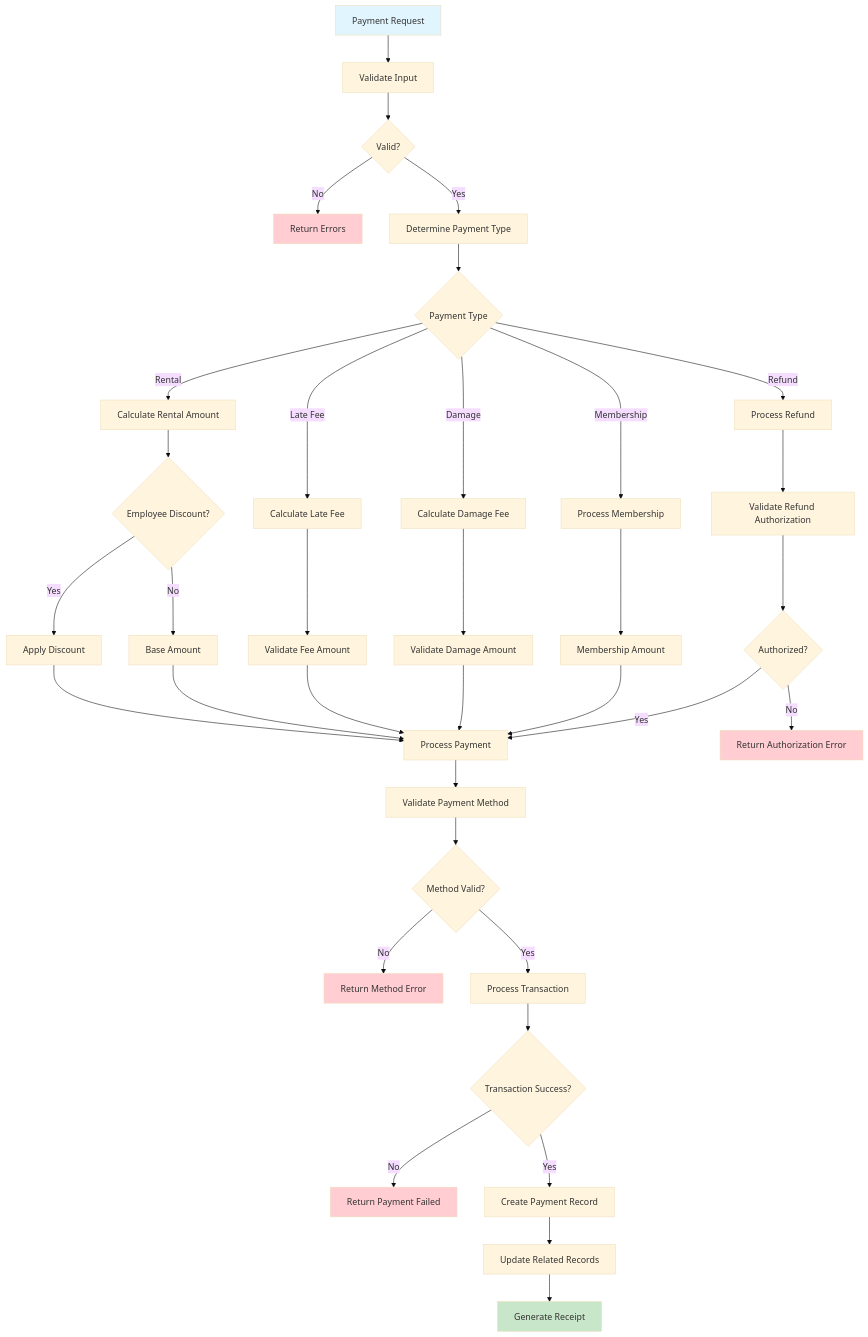
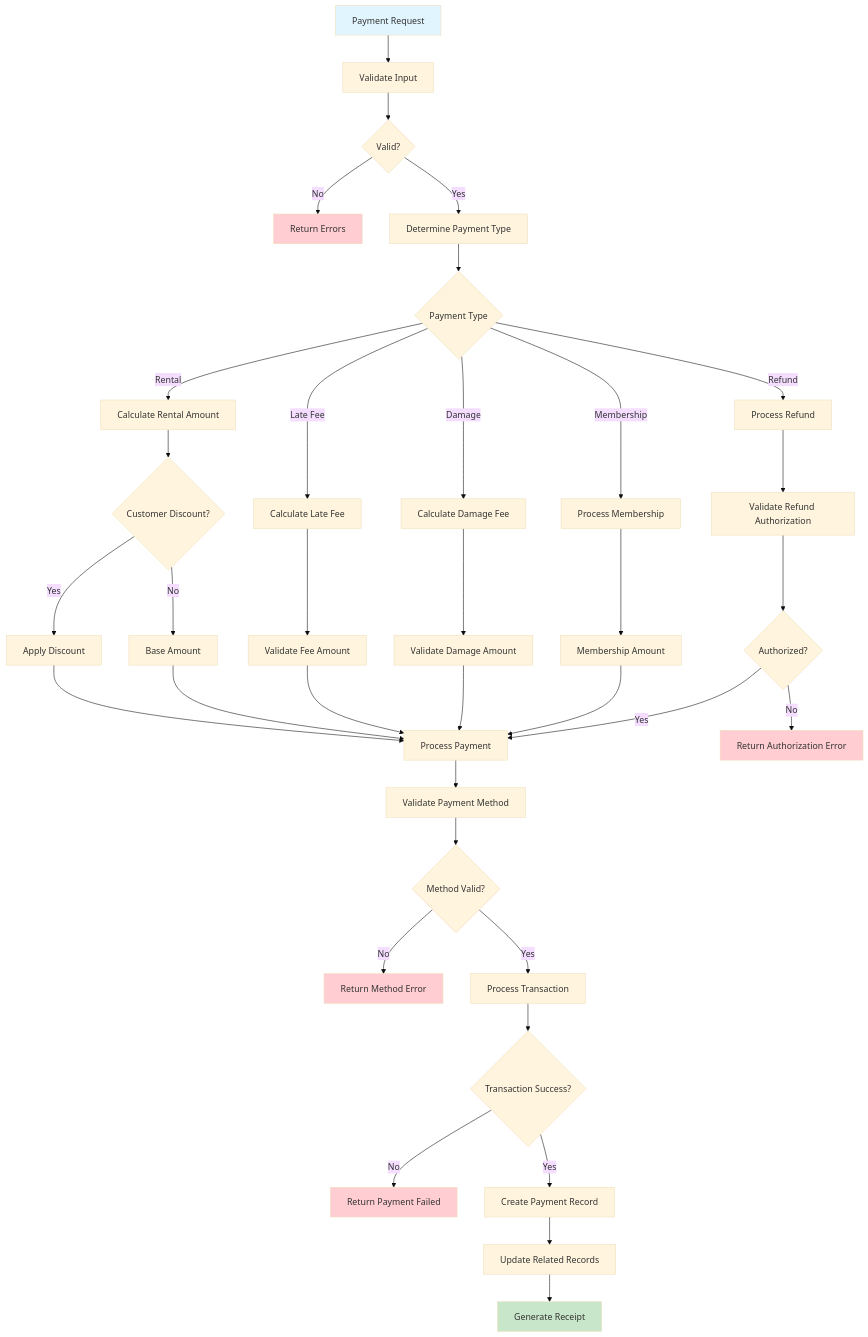
One commit to tiberius-s/video-rental-demo changed the diagram in diagrams/workflows/06-payment-processing-workflow.md. Above: the diagram before and after it, drawn with Mermaid (base theme). The commit also changed other lines of this file and 18 other files, not shown here.

````diff
--- a/diagrams/workflows/06-payment-processing-workflow.md
+++ b/diagrams/workflows/06-payment-processing-workflow.md
@@ -18,52 +18,52 @@
 ```mermaid
 flowchart TD
     A[Payment Request] --> B[Validate Input]
     B --> C{Valid?}
     C -->|No| D[Return Errors]
     C -->|Yes| E[Determine Payment Type]
 
     %% Payment Type Processing
     E --> F{Payment Type}
     F -->|Rental| G[Calculate Rental Amount]
     F -->|Late Fee| H[Calculate Late Fee]
     F -->|Damage| I[Calculate Damage Fee]
     F -->|Refund| J[Process Refund]
     F -->|Membership| K[Process Membership]
 
     %% Amount Calculation
-    G --> L{Employee Discount?}
+    G --> L{Customer Discount?}
     H --> M[Validate Fee Amount]
     I --> N[Validate Damage Amount]
     J --> O[Validate Refund Authorization]
     K --> P[Membership Amount]
 
     L -->|Yes| Q[Apply Discount]
     L -->|No| R[Base Amount]
     Q --> S[Process Payment]
     R --> S
     M --> S
     N --> S
     O --> T{Authorized?}
     P --> S
 
     T -->|No| U[Return Authorization Error]
     T -->|Yes| S
 
     %% Payment Processing
     S --> V[Validate Payment Method]
     V --> W{Method Valid?}
     W -->|No| X[Return Method Error]
     W -->|Yes| Y[Process Transaction]
     Y --> Z{Transaction Success?}
     Z -->|No| AA[Return Payment Failed]
     Z -->|Yes| BB[Create Payment Record]
     BB --> CC[Update Related Records]
     CC --> DD[Generate Receipt]
 
     style A fill:#e1f5fe
     style DD fill:#c8e6c9
     style D fill:#ffcdd2
     style U fill:#ffcdd2
     style X fill:#ffcdd2
     style AA fill:#ffcdd2
 ```
````
